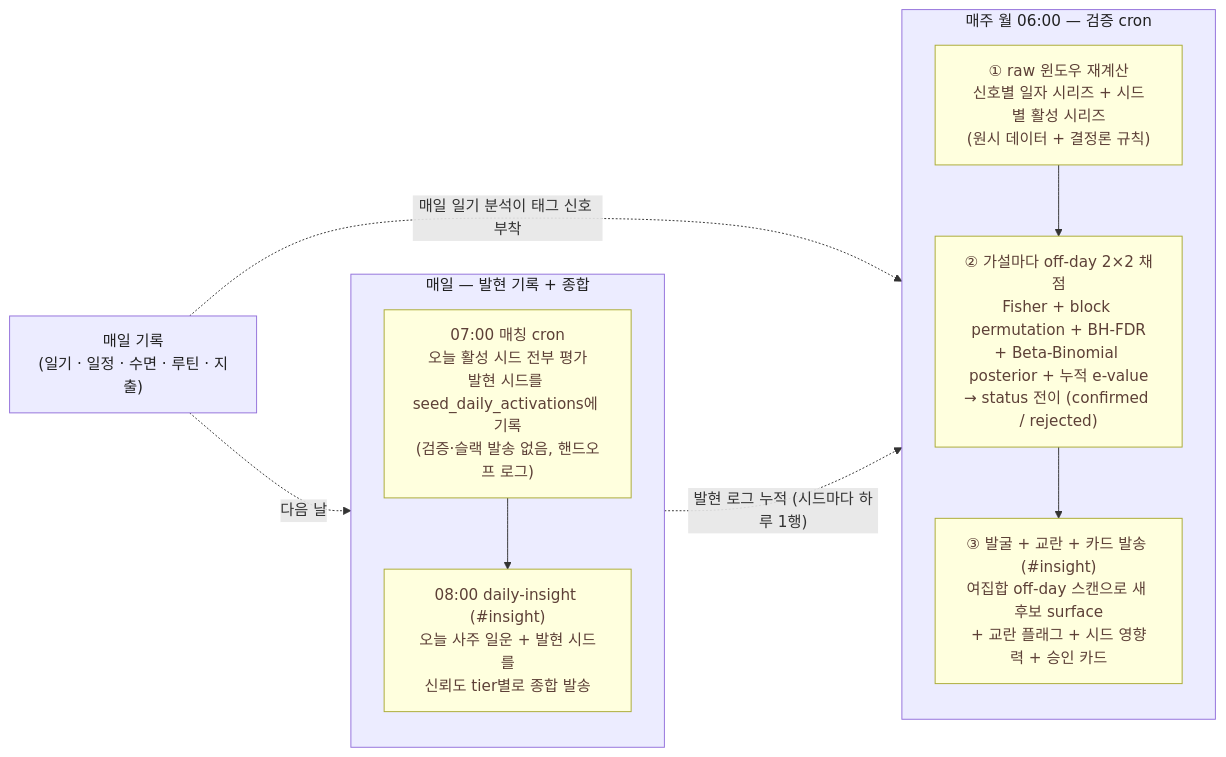
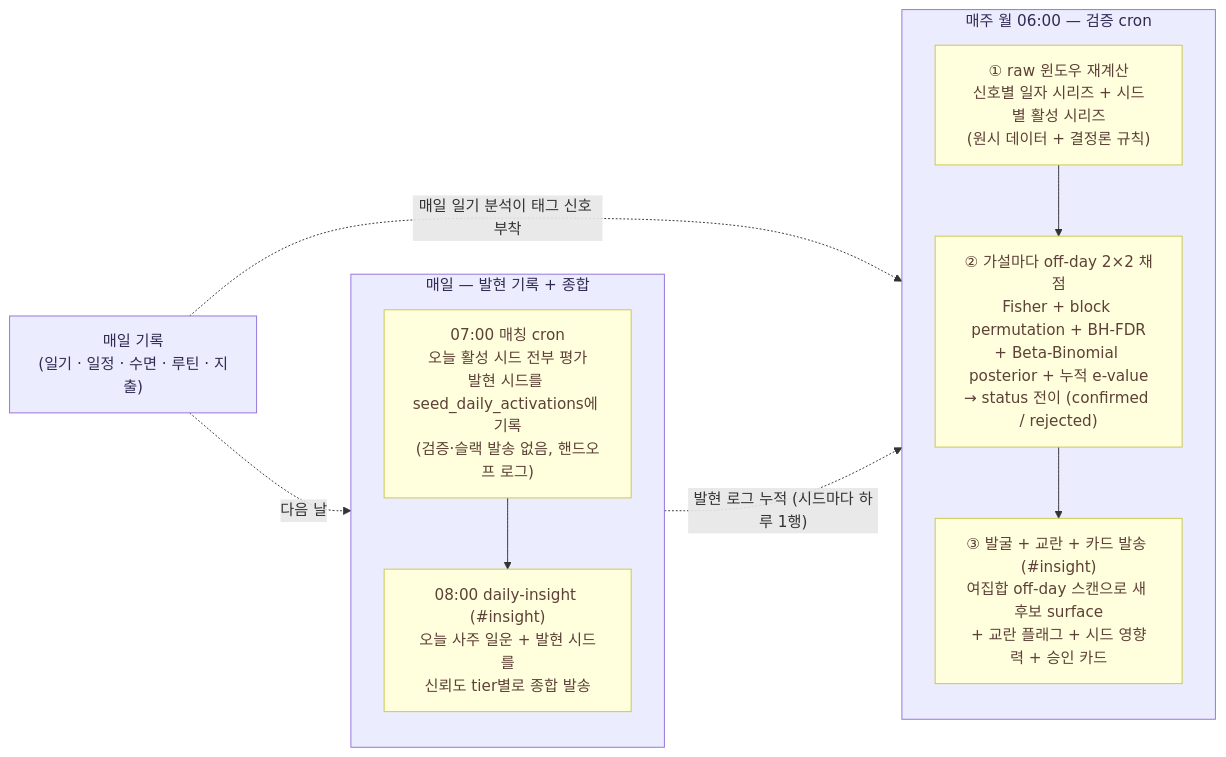
One commit to hyewon3938/slack-ai-agents changed the first of 8 diagrams in docs/explainers/insight-v2.md. Above: the diagram before and after it, drawn with Mermaid. The commit also changed other lines of this file, not shown here.

````diff
--- a/docs/explainers/insight-v2.md
+++ b/docs/explainers/insight-v2.md
@@ -98,29 +98,29 @@
 ```mermaid
 flowchart LR
   REC["매일 기록<br/>(일기 · 일정 · 수면 · 루틴 · 지출)"]
 
   subgraph DAILY["매일 — 발현 기록 + 종합"]
     direction TB
     D1["07:00 매칭 cron<br/>오늘 활성 시드 전부 평가<br/>발현 시드를 seed_daily_activations에 기록<br/>(검증·슬랙 발송 없음, 핸드오프 로그)"]
     D2["08:00 daily-insight (#insight)<br/>오늘 사주 일운 + 발현 시드를<br/>신뢰도 tier별로 종합 발송"]
     D1 --> D2
   end
 
   subgraph WEEKLY["매주 월 06:00 — 검증 cron"]
     direction TB
     W1["① raw 윈도우 재계산<br/>신호별 일자 시리즈 + 시드별 활성 시리즈<br/>(원시 데이터 + 결정론 규칙)"]
     W2["② 가설마다 off-day 2×2 채점<br/>Fisher + block permutation + BH-FDR<br/>+ Beta-Binomial posterior + 누적 e-value<br/>→ status 전이 (confirmed / rejected)"]
     W3["③ 발굴 + 교란 + 카드 발송 (#insight)<br/>여집합 off-day 스캔으로 새 후보 surface<br/>+ 교란 플래그 + 시드 영향력 + 승인 카드"]
     W1 --> W2 --> W3
   end
 
   REC -. 매일 일기 분석이 태그 신호 부착 .-> WEEKLY
   REC -. 다음 날 .-> DAILY
   DAILY -. "발현 로그 누적 (시드마다 하루 1행)" .-> WEEKLY
 
-  classDef flowBox fill:#ECECFF,stroke:#9370DB,color:#212121
-  classDef flowInner fill:#FFFFDE,stroke:#aaaa33,color:#5d4037
+  classDef flowBox fill:#ECECFF,stroke:#9370DB,color:#312A52
+  classDef flowInner fill:#FFFFDE,stroke:#C8C84E,color:#5D4037
   class REC flowBox
   class DAILY,WEEKLY flowBox
   class D1,D2,W1,W2,W3 flowInner
 ```
````
